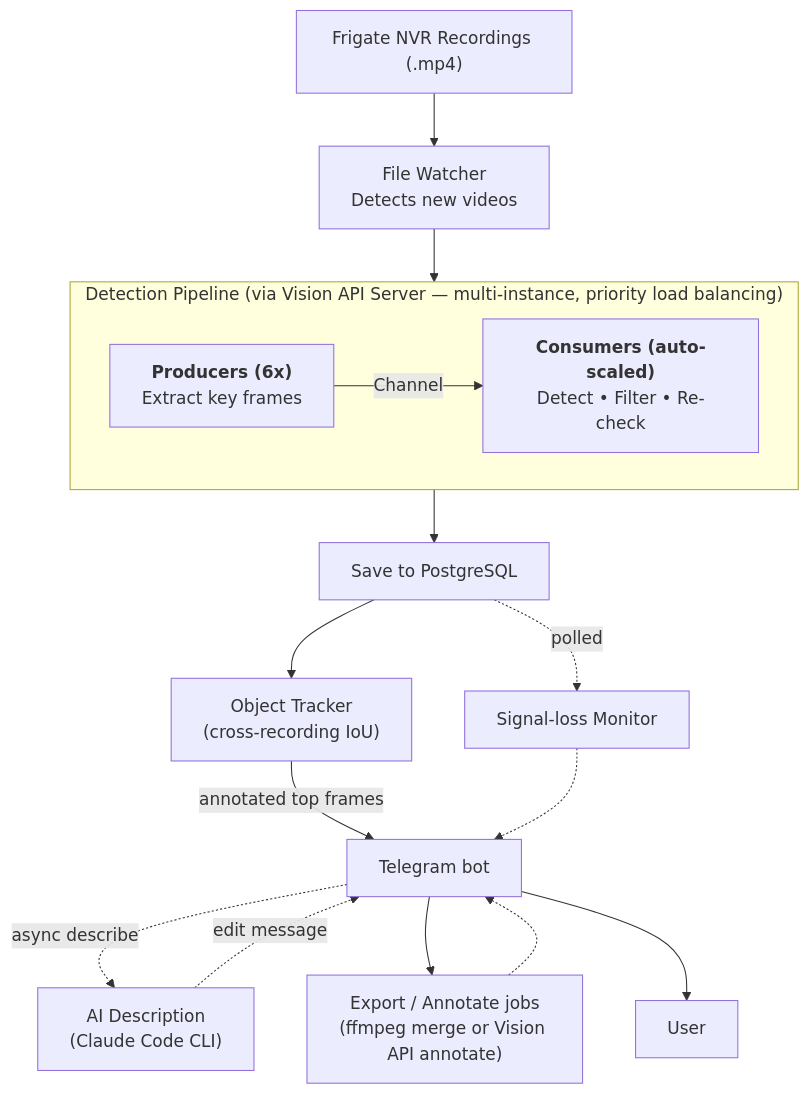
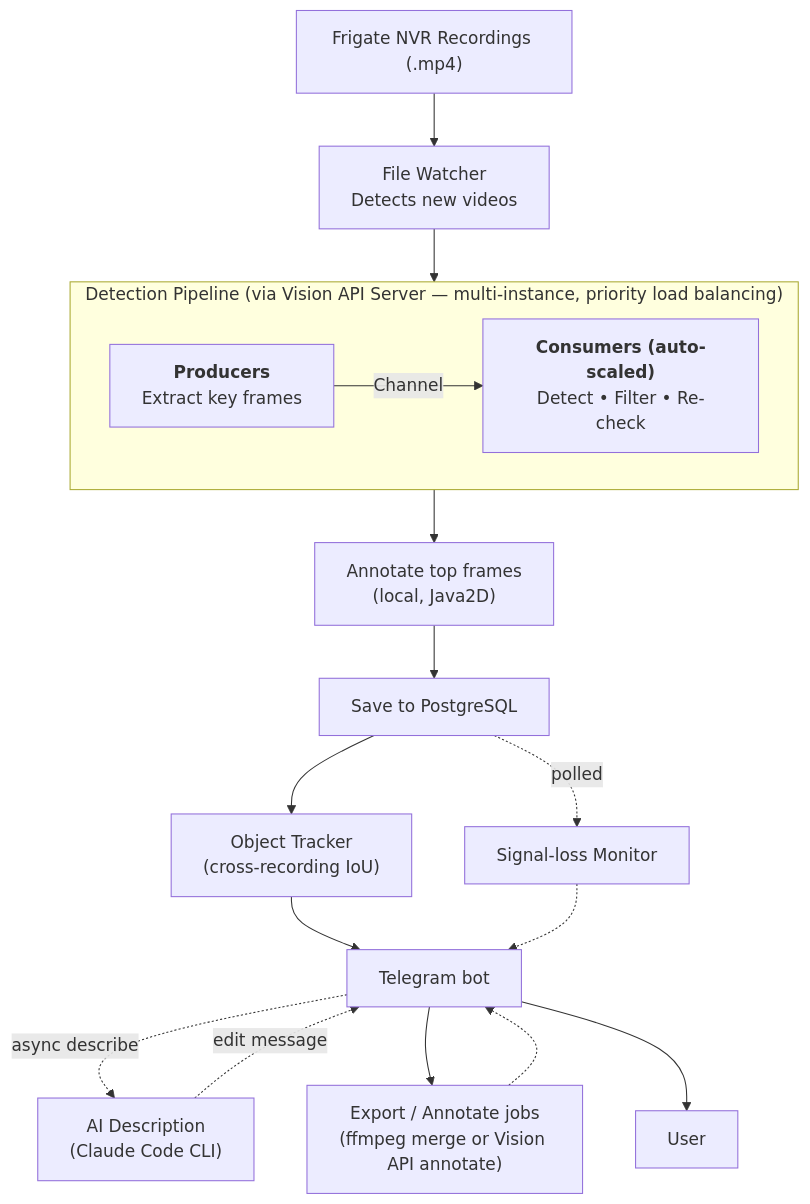
One commit to zinin/frigate-analyzer changed the diagram in README.md. Above: the diagram before and after it, drawn with Mermaid.

Commit message:
review: apply decisions from external review discussion
- README.md:17-20 — add explicit "Annotate top frames (local, Java2D)" node
  between Detection Pipeline and Save to PostgreSQL; remove misleading
  "annotated top frames" edge label from Object Tracker → Telegram.
  Annotation actually happens in FrameVisualizationService BEFORE save
  (RecordingProcessingFacade.kt:49), and Object Tracker only does IoU dedup
  (line 71). [Claude, DeepSeek]
- README.md:14 — drop "(6x)" from Producers; PIPELINE_FRAME_PRODUCERS_COUNT
  is configurable (default 6, documented in Configuration section).
  Symmetric with "Consumers (auto-scaled)" — both describe the nature of
  parallelism, not specific values. [ccs-glm]

````diff
--- a/README.md
+++ b/README.md
@@ -7,24 +7,25 @@
 ```mermaid
 graph TD
     A["Frigate NVR Recordings (.mp4)"] --> B["File Watcher<br/>Detects new videos"]
     B --> C
 
     subgraph C ["Detection Pipeline (via Vision API Server — multi-instance, priority load balancing)"]
         direction LR
-        P["<b>Producers (6x)</b><br/>Extract key frames"] -- "Channel" --> Q["<b>Consumers (auto-scaled)</b><br/>Detect • Filter • Re-check"]
+        P["<b>Producers</b><br/>Extract key frames"] -- "Channel" --> Q["<b>Consumers (auto-scaled)</b><br/>Detect • Filter • Re-check"]
     end
 
-    C --> D["Save to PostgreSQL"]
+    C --> VIS["Annotate top frames<br/>(local, Java2D)"]
+    VIS --> D["Save to PostgreSQL"]
     D --> E["Object Tracker<br/>(cross-recording IoU)"]
-    E -- "annotated top frames" --> F["Telegram bot"]
+    E --> F["Telegram bot"]
 
     D -. "polled" .-> SL["Signal-loss Monitor"]
     SL -.-> F
 
     F -. "async describe" .-> AI["AI Description<br/>(Claude Code CLI)"]
     AI -. "edit message" .-> F
 
     F --> EX["Export / Annotate jobs<br/>(ffmpeg merge or Vision API annotate)"]
     EX -.-> F
     F --> U["User"]
 ```
````
